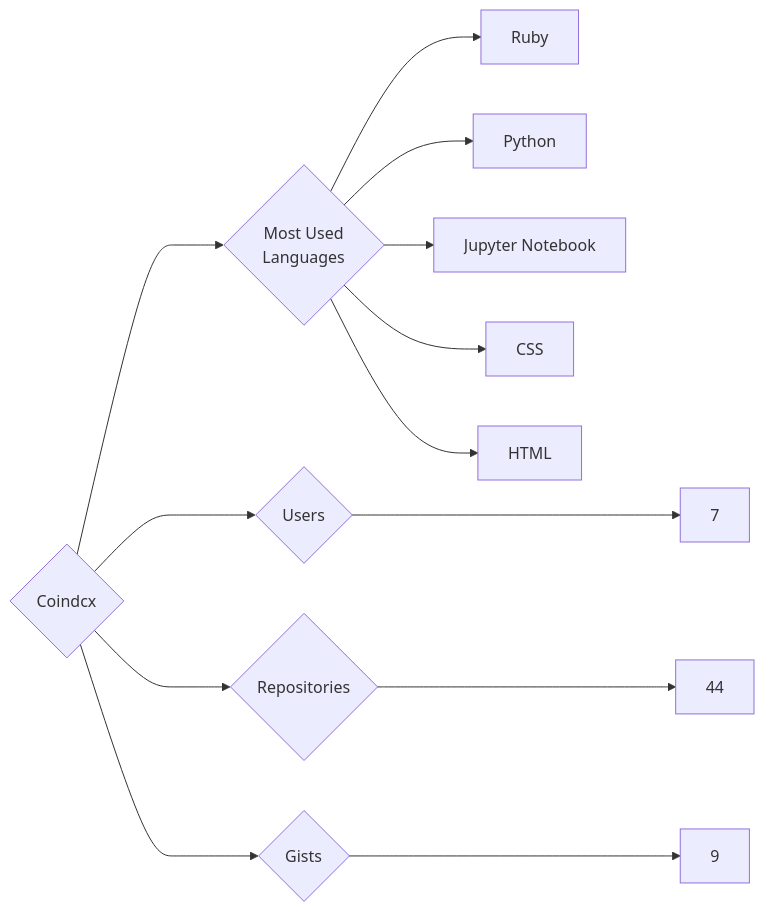
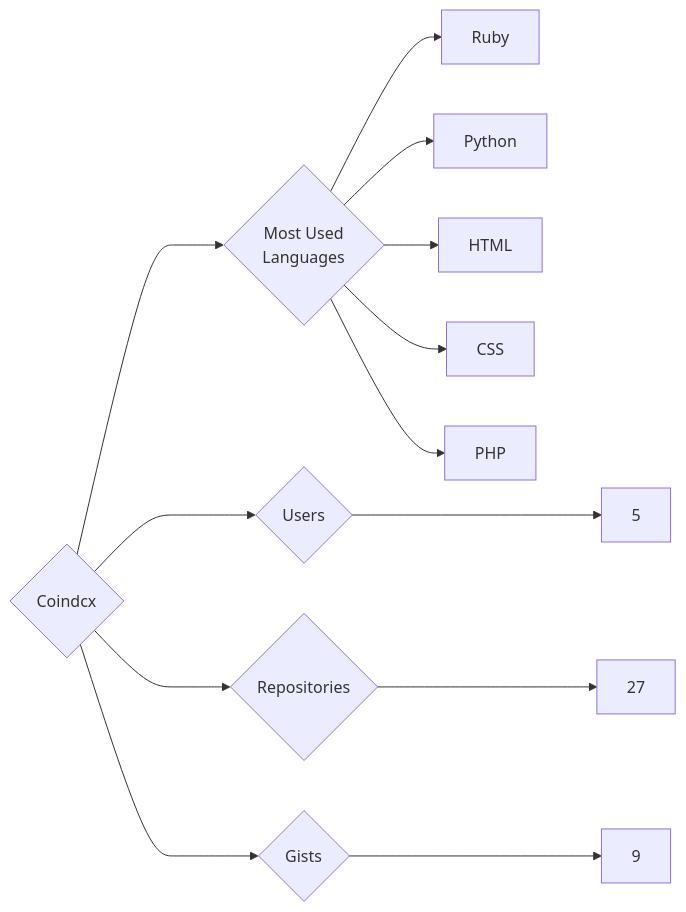
The diagram in targets/Coindcx/README.md (trickest/insiders), drawn with Mermaid before and after one commit. The commit also changed 942 other files, not shown here.

````diff
--- a/targets/Coindcx/README.md
+++ b/targets/Coindcx/README.md
@@ -3,13 +3,13 @@
 ```mermaid
 graph LR
 COMPANY_NAME{Coindcx}
-COMPANY_NAME ---> U{Users} ---> UN[7]
-COMPANY_NAME ---> R{Repositories} ---> RN[44]
+COMPANY_NAME ---> U{Users} ---> UN[5]
+COMPANY_NAME ---> R{Repositories} ---> RN[27]
 COMPANY_NAME ---> G{Gists} ---> GN[9]
 COMPANY_NAME ---> ML{Most Used<br>Languages}
 ML --> Ruby[Ruby]
 ML --> Python[Python]
-ML --> Jupyter_Notebook[Jupyter Notebook]
+ML --> HTML[HTML]
 ML --> CSS[CSS]
-ML --> HTML[HTML]
+ML --> PHP[PHP]
 ```
````
